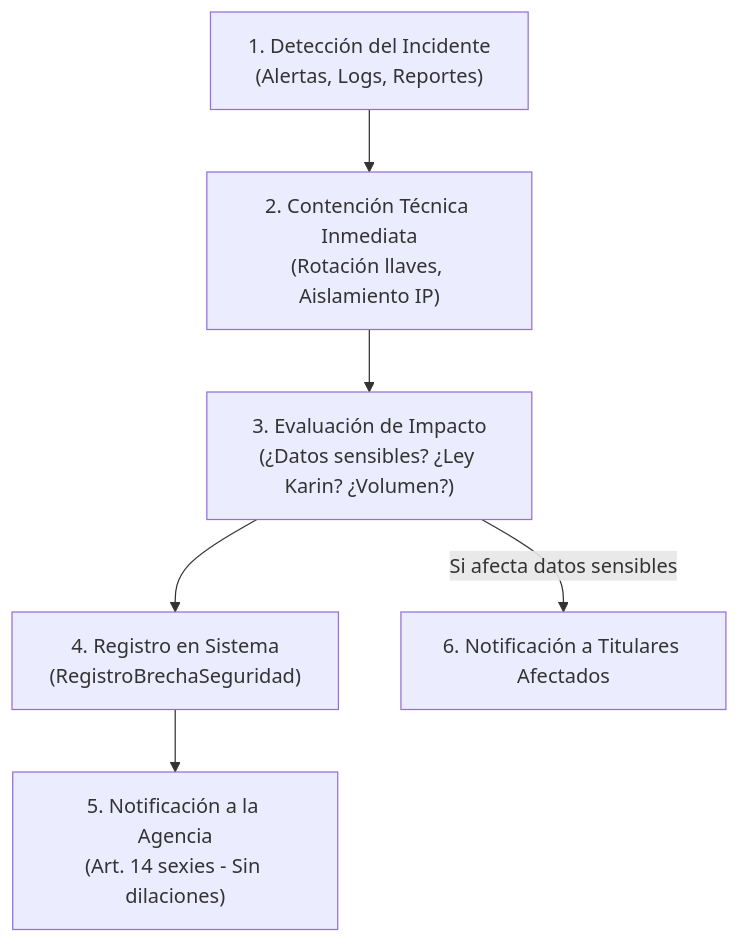
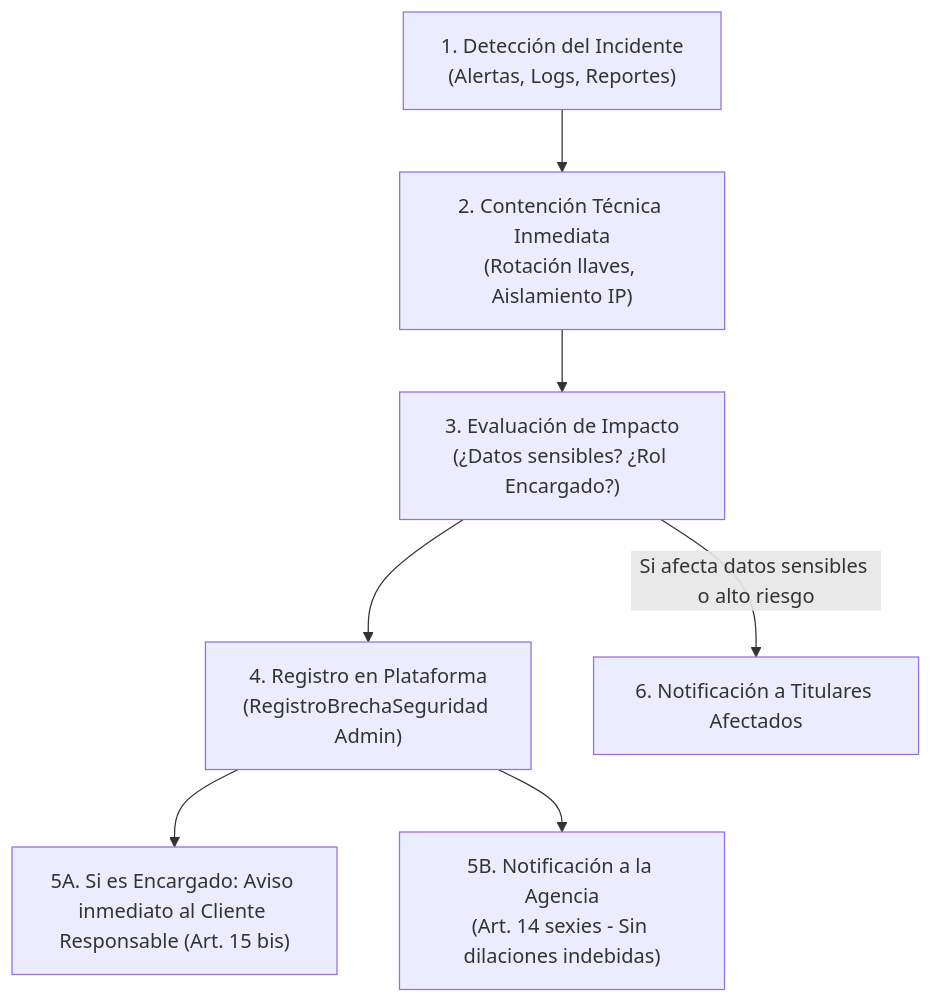
The diagram in PROTOCOLO_BRECHAS_SEGURIDAD_LEY_21719.md (ignaciohdev/Proyecto-hdprevencion), drawn with Mermaid before and after one commit. The commit also changed other lines of this file and 7 other files, not shown here.

Commit message:
feat(compliance): P1.4 admin ARCO/brechas, seguimiento UUID, protocolo Art. 14 sexies y purga retencion

````diff
--- a/PROTOCOLO_BRECHAS_SEGURIDAD_LEY_21719.md
+++ b/PROTOCOLO_BRECHAS_SEGURIDAD_LEY_21719.md
@@ -33,8 +34,9 @@
 ```mermaid
 flowchart TD
     Deteccion["1. Detección del Incidente\n(Alertas, Logs, Reportes)"] --> Contencion["2. Contención Técnica Inmediata\n(Rotación llaves, Aislamiento IP)"]
-    Contencion --> Evaluacion["3. Evaluación de Impacto\n(¿Datos sensibles? ¿Ley Karin? ¿Volumen?)"]
-    Evaluacion --> Registro["4. Registro en Sistema\n(RegistroBrechaSeguridad)"]
-    Registro --> NotifAgencia["5. Notificación a la Agencia\n(Art. 14 sexies - Sin dilaciones)"]
-    Evaluacion -- "Si afecta datos sensibles" --> NotifTitulares["6. Notificación a Titulares Afectados"]
+    Contencion --> Evaluacion["3. Evaluación de Impacto\n(¿Datos sensibles? ¿Rol Encargado?)"]
+    Evaluacion --> Registro["4. Registro en Plataforma\n(RegistroBrechaSeguridad Admin)"]
+    Registro --> NotifCliente["5A. Si es Encargado: Aviso inmediato al Cliente Responsable (Art. 15 bis)"]
+    Registro --> NotifAgencia["5B. Notificación a la Agencia\n(Art. 14 sexies - Sin dilaciones indebidas)"]
+    Evaluacion -- "Si afecta datos sensibles o alto riesgo" --> NotifTitulares["6. Notificación a Titulares Afectados"]
 ```
````
